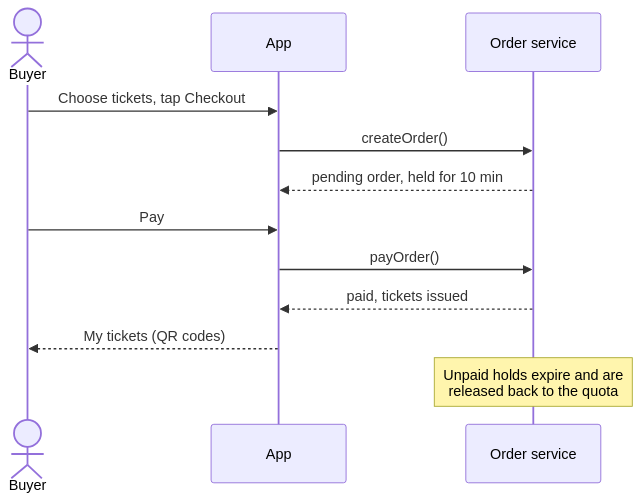
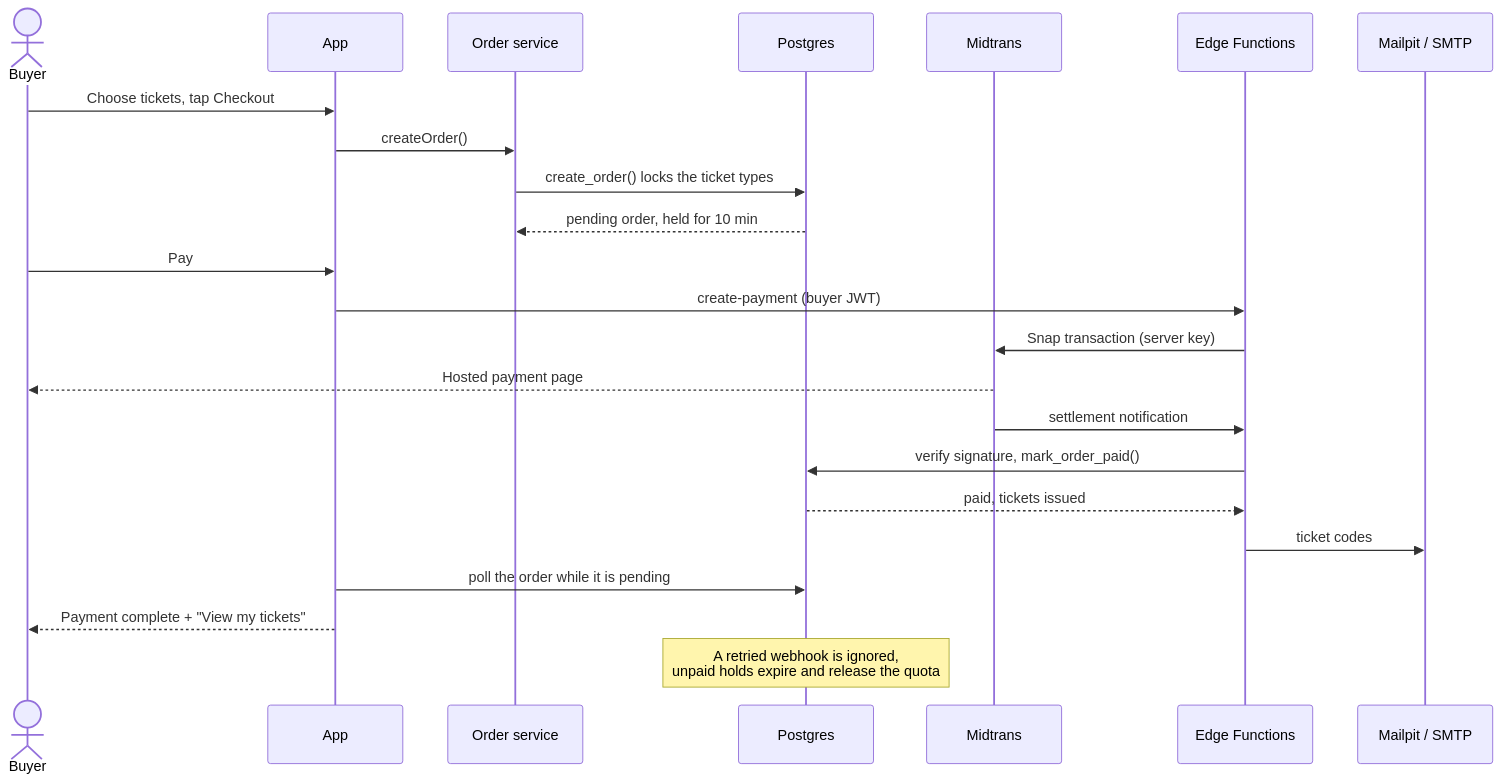
Before and after one commit to native-99/tixly: the second of 2 diagrams in README.md, drawn with Mermaid. The commit also changed other lines of this file and 103 other files, not shown here.

````diff
--- a/README.md
+++ b/README.md
@@ -62,14 +117,25 @@
 ```mermaid
 sequenceDiagram
   actor B as Buyer
   participant App
   participant Orders as Order service
+  participant DB as Postgres
+  participant MT as Midtrans
+  participant FN as Edge Functions
+  participant Mail as Mailpit / SMTP
   B->>App: Choose tickets, tap Checkout
   App->>Orders: createOrder()
-  Orders-->>App: pending order, held for 10 min
+  Orders->>DB: create_order() locks the ticket types
+  DB-->>Orders: pending order, held for 10 min
   B->>App: Pay
-  App->>Orders: payOrder()
-  Orders-->>App: paid, tickets issued
-  App-->>B: My tickets (QR codes)
-  Note over Orders: Unpaid holds expire and are<br/>released back to the quota
+  App->>FN: create-payment (buyer JWT)
+  FN->>MT: Snap transaction (server key)
+  MT-->>B: Hosted payment page
+  MT->>FN: settlement notification
+  FN->>DB: verify signature, mark_order_paid()
+  DB-->>FN: paid, tickets issued
+  FN->>Mail: ticket codes
+  App->>DB: poll the order while it is pending
+  App-->>B: Payment complete + "View my tickets"
+  Note over DB: A retried webhook is ignored,<br/>unpaid holds expire and release the quota
 ```
````
